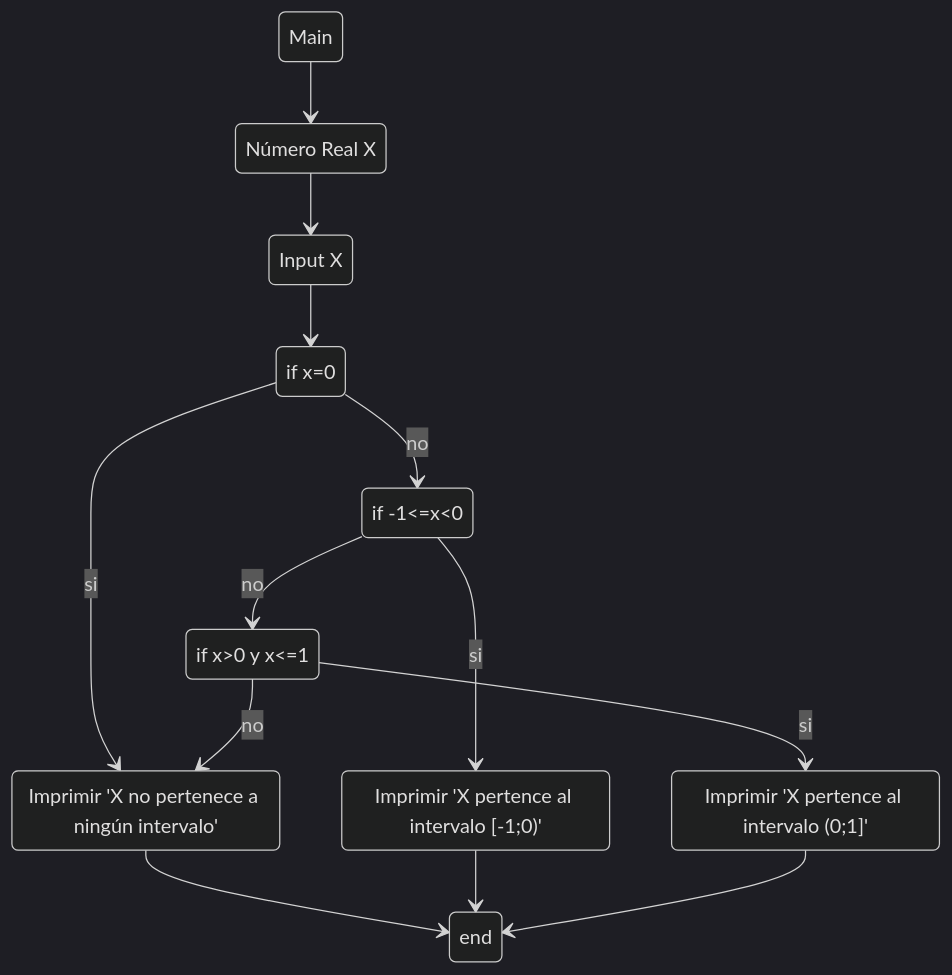
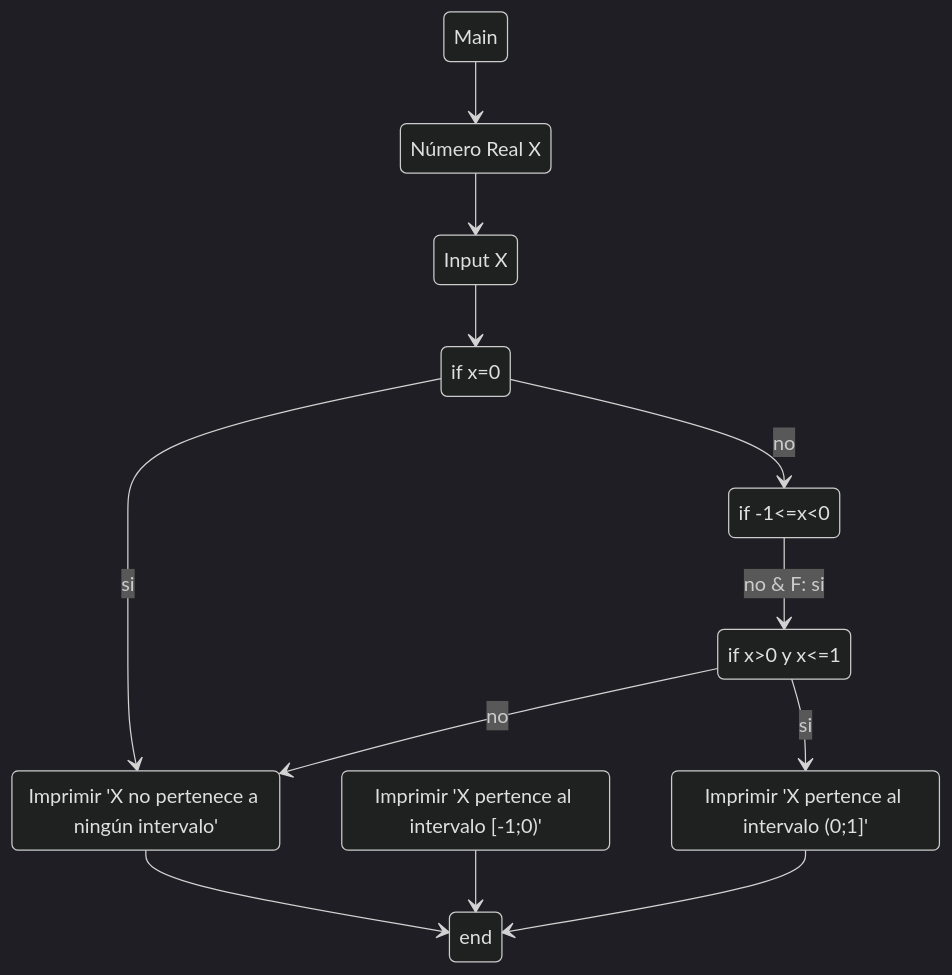
One commit to ValentinJM/TP-8 changed the diagram in Ejercicios/2.md. Above: the diagram before and after it, drawn with Mermaid (dark theme).

````diff
--- a/Ejercicios/2.md
+++ b/Ejercicios/2.md
@@ -3,23 +3,22 @@
 ```mermaid
 stateDiagram-v2
 state "Número Real X" as A
 state "Input X" as B
 state "if x=0" as C
 state "Imprimir 'X no pertenece a ningún intervalo'" as D
 state "if -1<=x<0" as E
 state "Imprimir 'X pertence al intervalo [-1;0)'" as F
 state "if x>0 y x<=1" as G
 state "Imprimir 'X pertence al intervalo (0;1]'" as H
     Main --> A
     A --> B
     B --> C
     C --> D : si
     C --> E : no
-    E --> G : no
-    E --> F : si
+    E --> G: no & F: si
     G --> H : si
     G --> D : no
     D --> end
     F --> end
     H --> end
 ```
````
